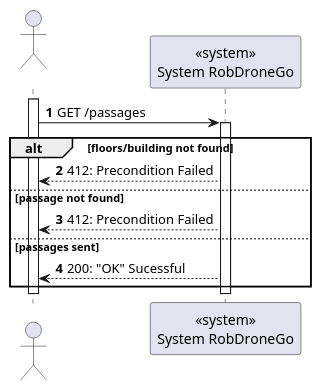
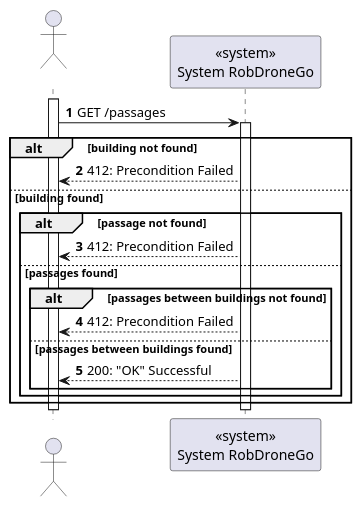
One commit to Departamento-de-Engenharia-Informatica/lapr5-23-24-g19 changed the diagram in docs/us260/level1/process-view.puml. Above: the diagram before and after it, drawn with PlantUML. The commit also changed 11 other files, not shown here.

```diff
--- a/docs/us260/level1/process-view.puml
+++ b/docs/us260/level1/process-view.puml
@@ -1,25 +1,31 @@
 @startuml
 autonumber
 
 actor " " as actor
 participant "<<system>>\nSystem RobDroneGo" as sys
 
 
 activate actor
 actor -> sys: GET /passages
 
     activate sys
-    alt floors/building not found
-        sys --> actor : 412: Precondition Failed
-    else passage not found
-        actor <-- sys : 412: Precondition Failed
-    else passages sent
-        actor <-- sys : 200: "OK" Sucessful
-    end
+        alt building not found
+            sys --> actor : 412: Precondition Failed
+        else building found
+            alt passage not found
+                actor <-- sys : 412: Precondition Failed
+            else passages found
+                alt passages between buildings not found
+                    actor <-- sys : 412: Precondition Failed
+                else passages between buildings found
 
+                    actor <-- sys : 200: "OK" Successful
+                end
+            end
+        end
 
 
 deactivate sys
 deactivate actor
 
 @enduml
```
